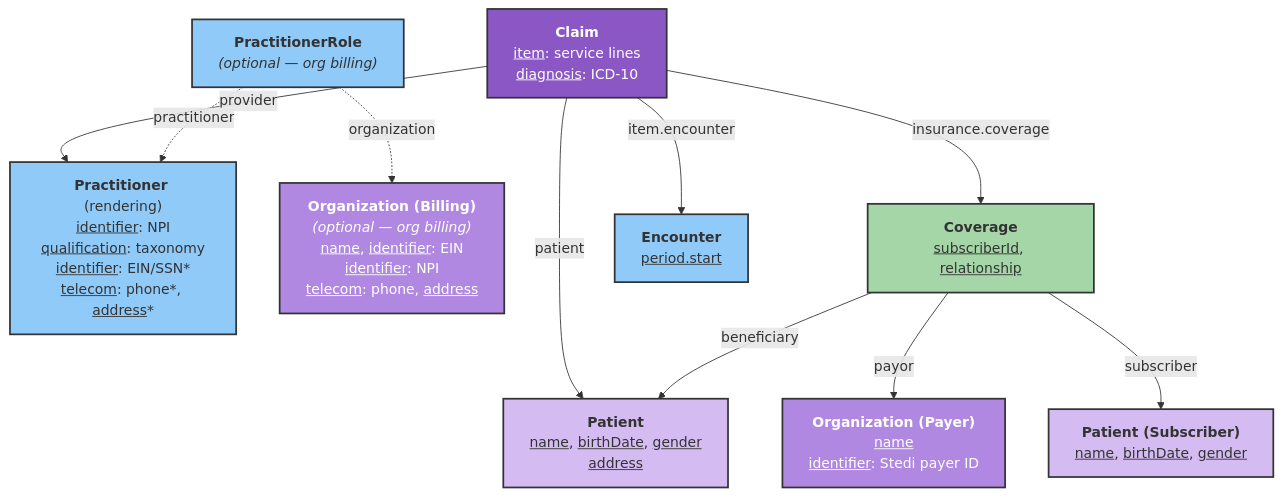
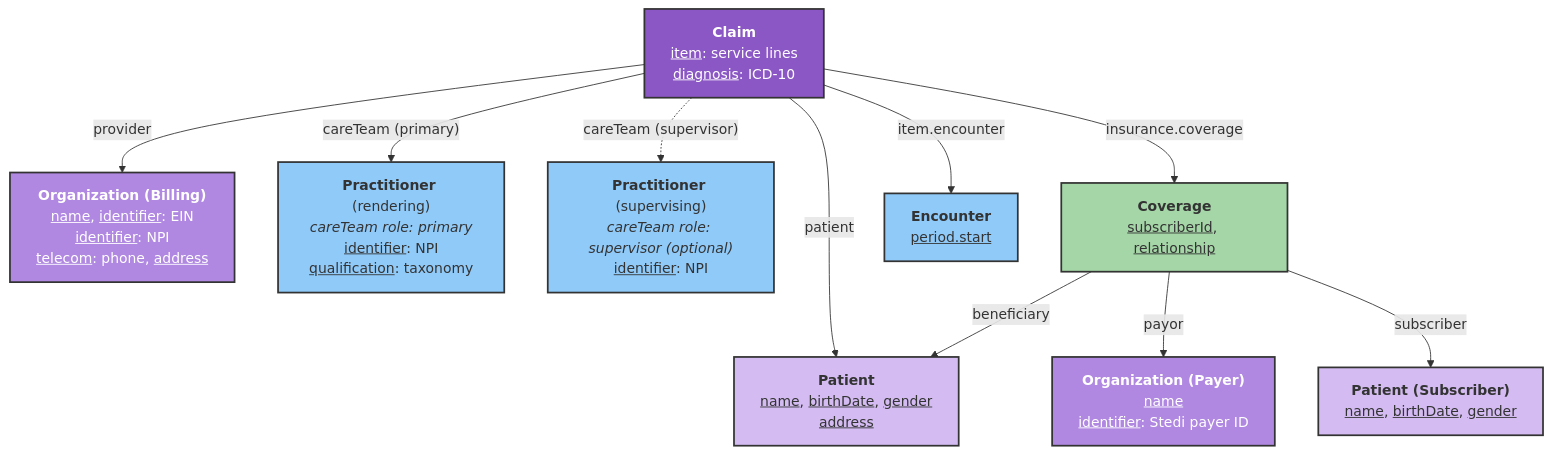
One commit to medplum/medplum changed the first of 2 diagrams in packages/docs/docs/integration/stedi/claim-submission/professional-claims.md. Above: the diagram before and after it, drawn with Mermaid. The commit also changed other lines of this file, not shown here.

````diff
--- a/packages/docs/docs/integration/stedi/claim-submission/professional-claims.md
+++ b/packages/docs/docs/integration/stedi/claim-submission/professional-claims.md
@@ -32,44 +41,43 @@
 ```mermaid
 flowchart TD
     Claim["<div style='text-align: center;'><strong>Claim</strong></div><u>item</u>: service lines<br><u>diagnosis</u>: ICD-10"]
 
     Patient["<div style='text-align: center;'><strong>Patient</strong></div><u>name</u>, <u>birthDate</u>, <u>gender</u><br><u>address</u>"]
 
-    Practitioner["<div style='text-align: center;'><strong>Practitioner</strong> (rendering)</div><u>identifier</u>: NPI<br><u>qualification</u>: taxonomy<br><u>identifier</u>: EIN/SSN*<br><u>telecom</u>: phone*, <u>address</u>*"]
+    BillingOrg["<div style='text-align: center;'><strong>Organization (Billing)</strong></div><u>name</u>, <u>identifier</u>: EIN<br><u>identifier</u>: NPI<br><u>telecom</u>: phone, <u>address</u>"]
 
-    PractitionerRole["<div style='text-align: center;'><strong>PractitionerRole</strong></div><em>(optional — org billing)</em>"]
+    Rendering["<div style='text-align: center;'><strong>Practitioner</strong> (rendering)</div><em>careTeam role: primary</em><br><u>identifier</u>: NPI<br><u>qualification</u>: taxonomy"]
 
-    BillingOrg["<div style='text-align: center;'><strong>Organization (Billing)</strong></div><em>(optional — org billing)</em><br><u>name</u>, <u>identifier</u>: EIN<br><u>identifier</u>: NPI<br><u>telecom</u>: phone, <u>address</u>"]
+    Supervising["<div style='text-align: center;'><strong>Practitioner</strong> (supervising)</div><em>careTeam role: supervisor (optional)</em><br><u>identifier</u>: NPI"]
 
     Coverage["<div style='text-align: center;'><strong>Coverage</strong></div><u>subscriberId</u>, <u>relationship</u>"]
 
     Subscriber["<div style='text-align: center;'><strong>Patient (Subscriber)</strong></div><u>name</u>, <u>birthDate</u>, <u>gender</u>"]
 
     PayerOrg["<div style='text-align: center;'><strong>Organization (Payer)</strong></div><u>name</u><br><u>identifier</u>: Stedi payer ID"]
 
     Encounter["<div style='text-align: center;'><strong>Encounter</strong></div><u>period.start</u>"]
 
     Claim -->|patient| Patient
-    Claim -->|provider| Practitioner
+    Claim -->|provider| BillingOrg
+    Claim -->|"careTeam (primary)"| Rendering
+    Claim -.->|"careTeam (supervisor)"| Supervising
     Claim -->|insurance.coverage| Coverage
     Claim -->|item.encounter| Encounter
-
-    PractitionerRole -.->|practitioner| Practitioner
-    PractitionerRole -.->|organization| BillingOrg
 
     Coverage -->|payor| PayerOrg
     Coverage -->|subscriber| Subscriber
     Coverage -->|beneficiary| Patient
 
     classDef claim fill:#8B57C4,stroke:#333,stroke-width:2px,color:#fff
     classDef organization fill:#B088E1,stroke:#333,stroke-width:2px,color:#fff
     classDef patient fill:#D4BCF2,stroke:#333,stroke-width:2px
     classDef coverage fill:#A5D6A7,stroke:#333,stroke-width:2px
     classDef provider fill:#90CAF9,stroke:#333,stroke-width:2px
 
     class Claim claim
     class BillingOrg,PayerOrg organization
     class Patient,Subscriber patient
     class Coverage coverage
-    class Practitioner,PractitionerRole,Encounter provider
+    class Rendering,Supervising,Encounter provider
 ```
````
